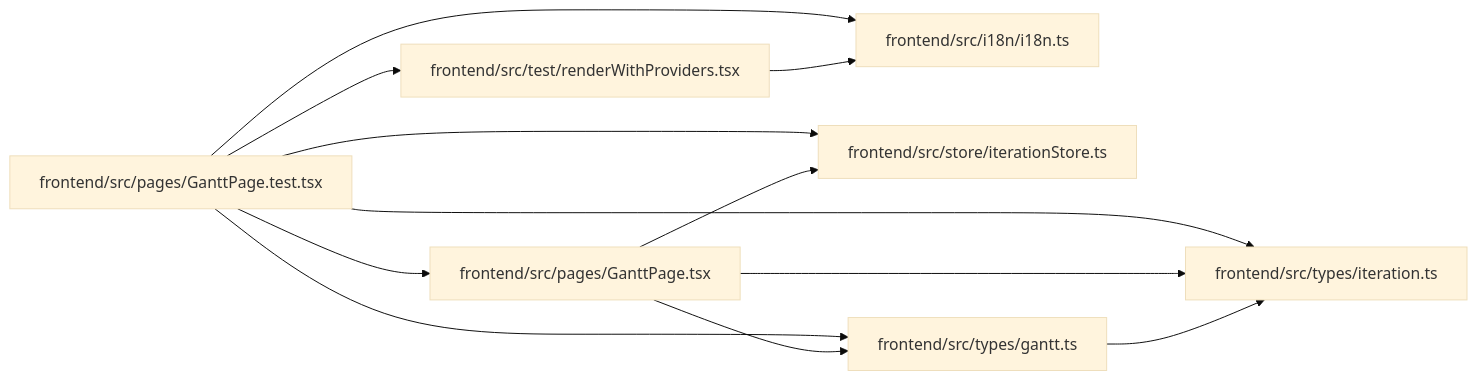
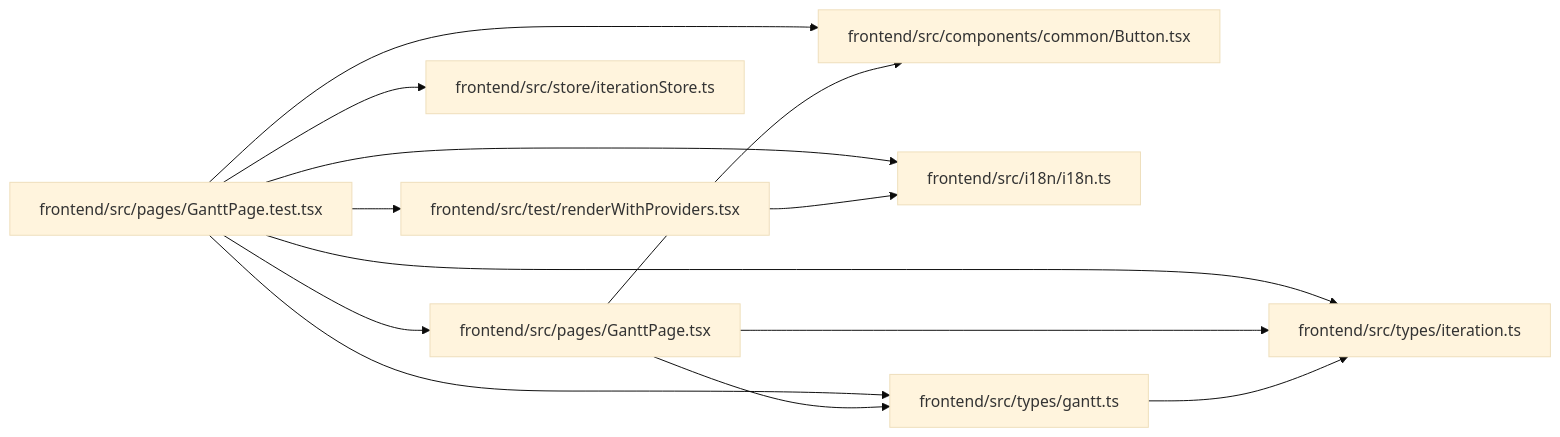
Before and after one commit to Denissvgn/WorkChord: the diagram in docs/llm_wiki/modules/GanttPage.test.md, drawn with Mermaid (base theme). The commit also changed other lines of this file and 2373 other files, not shown here.

````diff
--- a/docs/llm_wiki/modules/GanttPage.test.md
+++ b/docs/llm_wiki/modules/GanttPage.test.md
@@ -34,28 +35,31 @@
 ```mermaid
 flowchart LR
-    n0["frontend/src/i18n/i18n.ts"]
-    n1["frontend/src/pages/GanttPage.test.tsx"]
-    n2["frontend/src/pages/GanttPage.tsx"]
-    n3["frontend/src/store/iterationStore.ts"]
-    n4["frontend/src/test/renderWithProviders.tsx"]
-    n5["frontend/src/types/gantt.ts"]
-    n6["frontend/src/types/iteration.ts"]
-    n1 --> n0
-    n1 --> n2
-    n1 --> n3
-    n1 --> n4
-    n1 --> n5
-    n1 --> n6
+    n0["frontend/src/components/common/Button.tsx"]
+    n1["frontend/src/i18n/i18n.ts"]
+    n2["frontend/src/pages/GanttPage.test.tsx"]
+    n3["frontend/src/pages/GanttPage.tsx"]
+    n4["frontend/src/store/iterationStore.ts"]
+    n5["frontend/src/test/renderWithProviders.tsx"]
+    n6["frontend/src/types/gantt.ts"]
+    n7["frontend/src/types/iteration.ts"]
+    n2 --> n0
+    n2 --> n1
     n2 --> n3
+    n2 --> n4
     n2 --> n5
     n2 --> n6
-    n4 --> n0
-    n5 --> n6
-    click n0 "../modules/i18n.md"
-    click n1 "../modules/GanttPage.test.md"
-    click n2 "../modules/GanttPage.md"
-    click n3 "../modules/iterationStore.md"
-    click n4 "../modules/renderWithProviders.md"
-    click n5 "../modules/types_gantt.md"
-    click n6 "../modules/types_iteration.md"
+    n2 --> n7
+    n3 --> n0
+    n3 --> n6
+    n3 --> n7
+    n5 --> n1
+    n6 --> n7
+    click n0 "../modules/Button.md"
+    click n1 "../modules/i18n.md"
+    click n2 "../modules/GanttPage.test.md"
+    click n3 "../modules/GanttPage.md"
+    click n4 "../modules/iterationStore.md"
+    click n5 "../modules/renderWithProviders.md"
+    click n6 "../modules/types_gantt.md"
+    click n7 "../modules/types_iteration.md"
 ```
````
